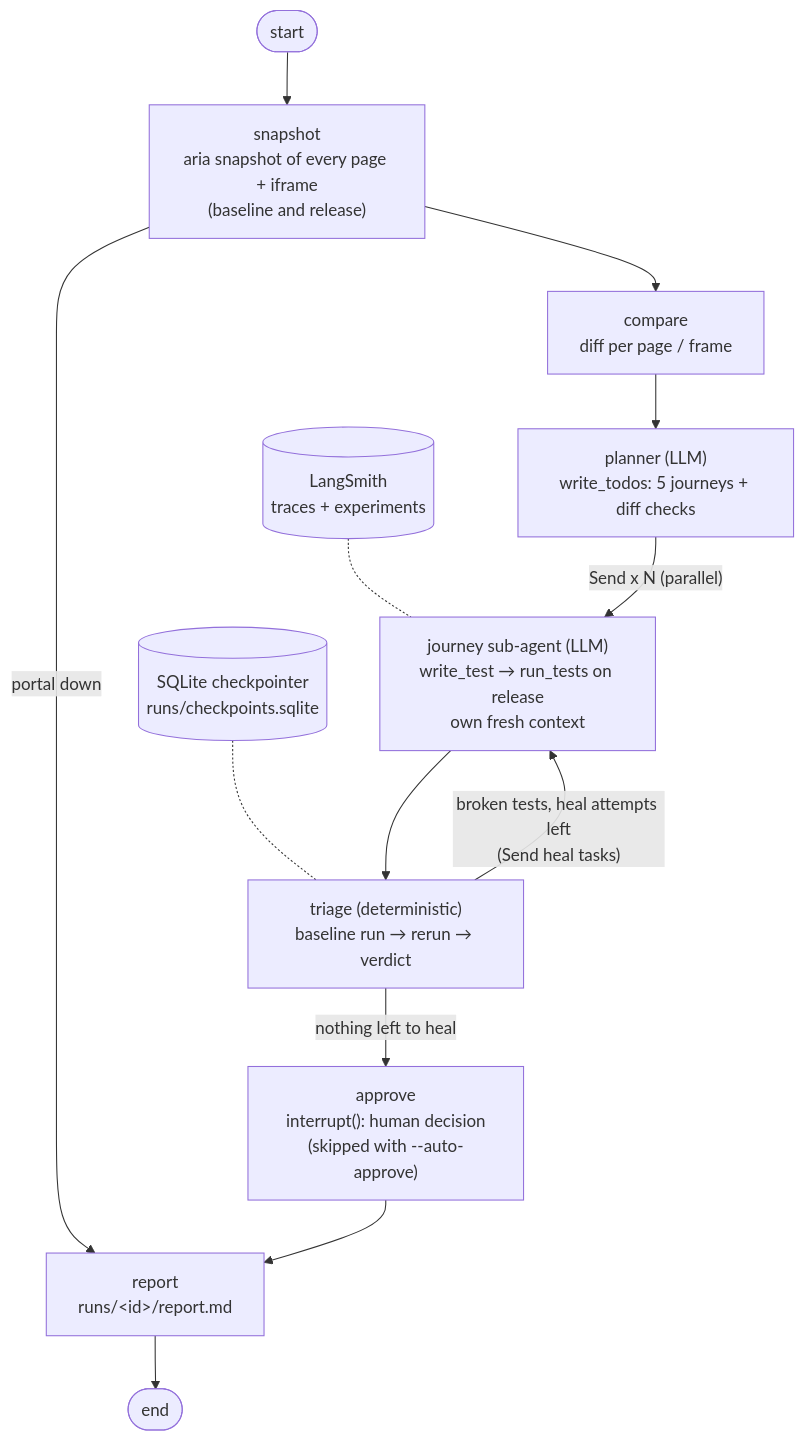
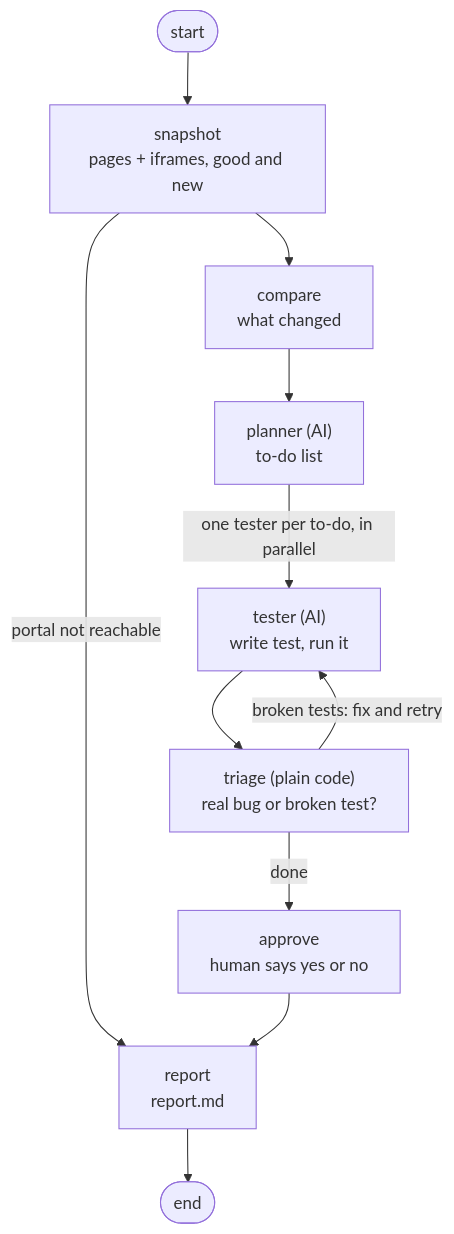
The diagram in README.md (anupbpote02/portalguard-langgraph), drawn with Mermaid before and after one commit. The commit also changed other lines of this file, not shown here.

````diff
--- a/README.md
+++ b/README.md
@@ -40,15 +35,13 @@
 ```mermaid
 flowchart TD
-    S([start]) --> snapshot["snapshot<br/>aria snapshot of every page + iframe<br/>(baseline and release)"]
-    snapshot -->|portal down| report
-    snapshot --> compare["compare<br/>diff per page / frame"]
-    compare --> planner["planner (LLM)<br/>write_todos: 5 journeys + diff checks"]
-    planner -->|"Send x N (parallel)"| journey["journey sub-agent (LLM)<br/>write_test → run_tests on release<br/>own fresh context"]
-    journey --> triage["triage (deterministic)<br/>baseline run → rerun → verdict"]
-    triage -->|"broken tests, heal attempts left<br/>(Send heal tasks)"| journey
-    triage -->|nothing left to heal| approve["approve<br/>interrupt(): human decision<br/>(skipped with --auto-approve)"]
-    approve --> report["report<br/>runs/&lt;id&gt;/report.md"]
+    S([start]) --> snapshot["snapshot<br/>pages + iframes, good and new"]
+    snapshot -->|portal not reachable| report
+    snapshot --> compare["compare<br/>what changed"]
+    compare --> planner["planner (AI)<br/>to-do list"]
+    planner -->|"one tester per to-do, in parallel"| journey["tester (AI)<br/>write test, run it"]
+    journey --> triage["triage (plain code)<br/>real bug or broken test?"]
+    triage -->|"broken tests: fix and retry"| journey
+    triage -->|done| approve["approve<br/>human says yes or no"]
+    approve --> report["report<br/>report.md"]
     report --> E([end])
-    ckpt[("SQLite checkpointer<br/>runs/checkpoints.sqlite")] -.- triage
-    ls[("LangSmith<br/>traces + experiments")] -.- journey
 ```
````
